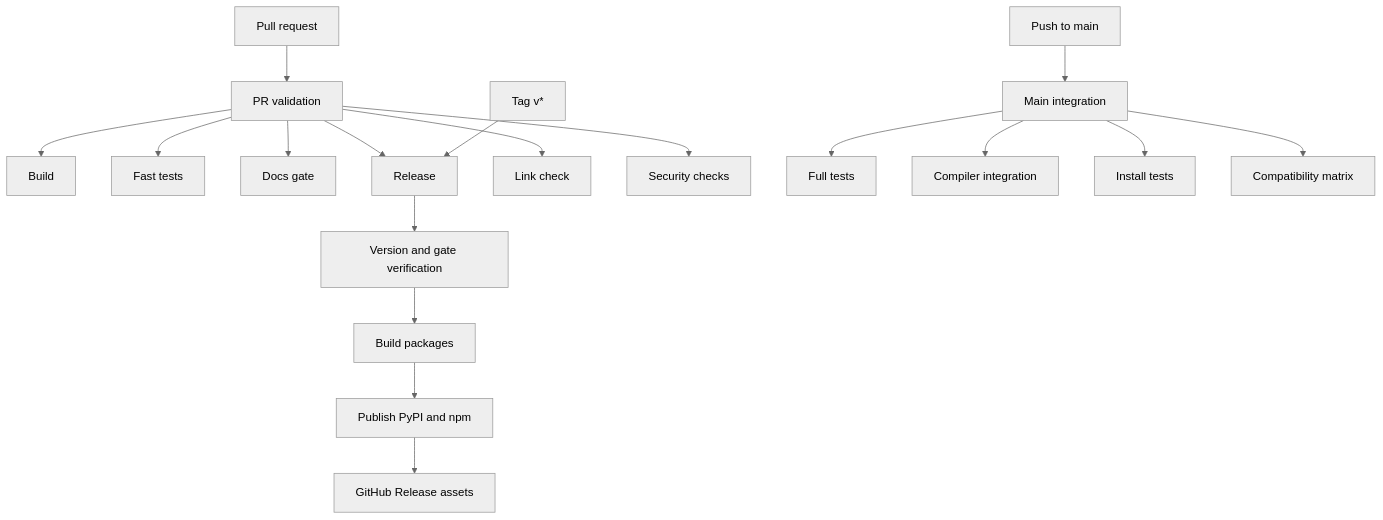
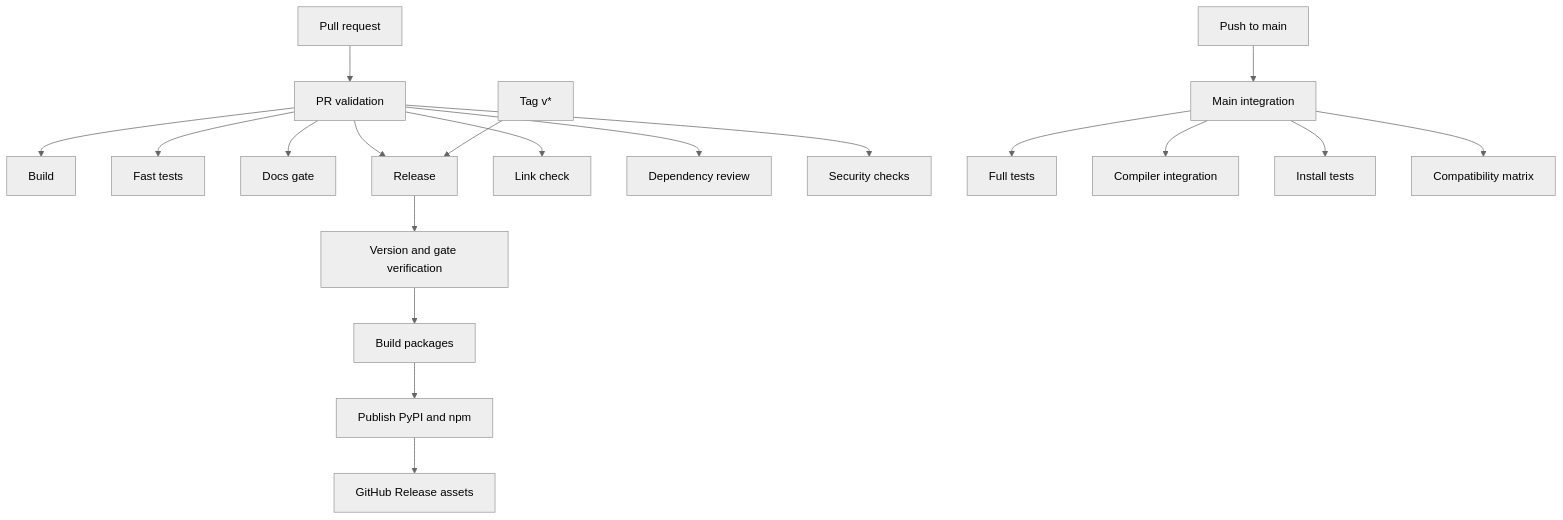
One commit to zuudevs/typcast changed the diagram in docs/development/ci-cd.md. Above: the diagram before and after it, drawn with Mermaid (neutral theme). The commit also changed other lines of this file and 16 other files, not shown here.

````diff
--- a/docs/development/ci-cd.md
+++ b/docs/development/ci-cd.md
@@ -25,20 +25,21 @@
 ```mermaid
 flowchart TD
   PR["Pull request"] --> PV["PR validation"]
   PV --> B["Build"]
   PV --> F["Fast tests"]
   PV --> D["Docs gate"]
   PV --> R["Repository checks"]
   PV --> L["Link check"]
+  PV --> DR["Dependency review"]
   PV --> S["Security checks"]
   M["Push to main"] --> MI["Main integration"]
   MI --> FT["Full tests"]
   MI --> CI["Compiler integration"]
   MI --> IT["Install tests"]
   MI --> MX["Compatibility matrix"]
   T["Tag v*"] --> R["Release"]
   R --> V["Version and gate verification"]
   V --> P["Build packages"]
   P --> PUB["Publish PyPI and npm"]
   PUB --> GH["GitHub Release assets"]
 ```
````
